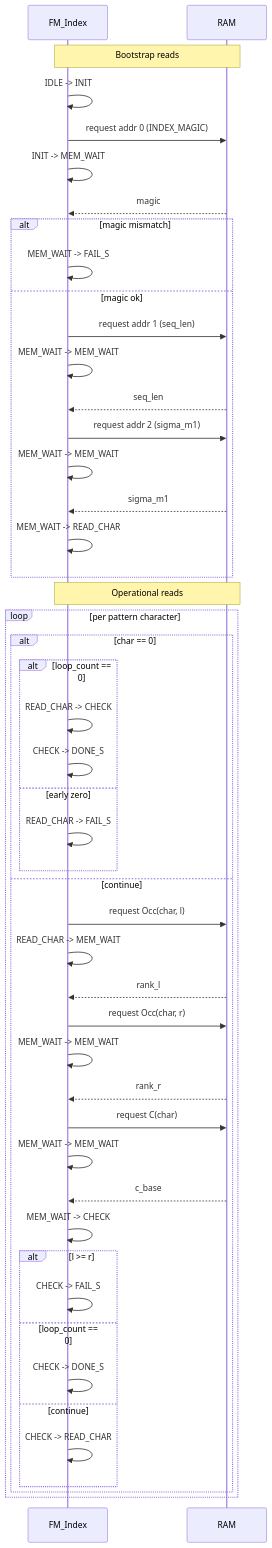
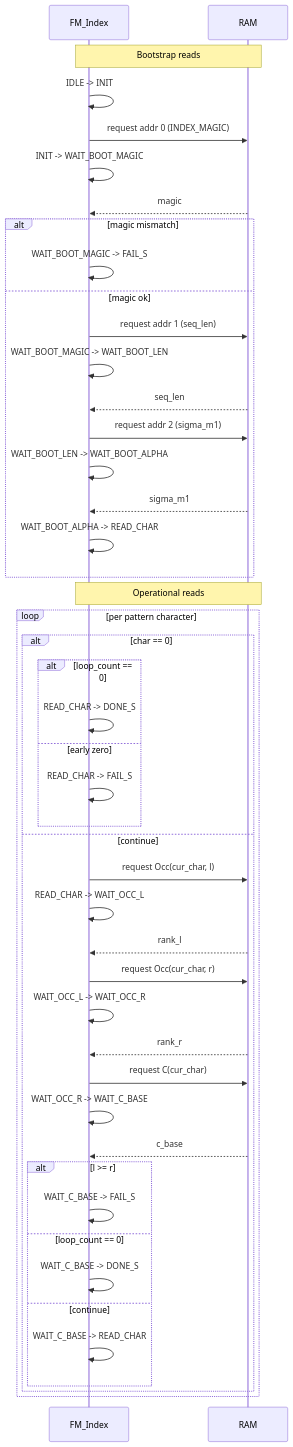
One commit to UAlberta-ECE-492-W2026/sands changed the second of 2 diagrams in docs/FM_Index.md. Above: the diagram before and after it, drawn with Mermaid. The commit also changed other lines of this file and 5 other files, not shown here.

````diff
--- a/docs/FM_Index.md
+++ b/docs/FM_Index.md
@@ -96,52 +98,50 @@
 ```mermaid
 sequenceDiagram
     participant FSM as FM_Index
     participant RAM as RAM
 
     Note over FSM,RAM: Bootstrap reads
     FSM->>FSM: IDLE -> INIT
     FSM->>RAM: request addr 0 (INDEX_MAGIC)
-    FSM->>FSM: INIT -> MEM_WAIT
+    FSM->>FSM: INIT -> WAIT_BOOT_MAGIC
     RAM-->>FSM: magic
     alt magic mismatch
-        FSM->>FSM: MEM_WAIT -> FAIL_S
+        FSM->>FSM: WAIT_BOOT_MAGIC -> FAIL_S
     else magic ok
         FSM->>RAM: request addr 1 (seq_len)
-        FSM->>FSM: MEM_WAIT -> MEM_WAIT
+        FSM->>FSM: WAIT_BOOT_MAGIC -> WAIT_BOOT_LEN
         RAM-->>FSM: seq_len
         FSM->>RAM: request addr 2 (sigma_m1)
-        FSM->>FSM: MEM_WAIT -> MEM_WAIT
+        FSM->>FSM: WAIT_BOOT_LEN -> WAIT_BOOT_ALPHA
         RAM-->>FSM: sigma_m1
-        FSM->>FSM: MEM_WAIT -> READ_CHAR
+        FSM->>FSM: WAIT_BOOT_ALPHA -> READ_CHAR
     end
 
     Note over FSM,RAM: Operational reads
     loop per pattern character
         alt char == 0
             alt loop_count == 0
-                FSM->>FSM: READ_CHAR -> CHECK
-                FSM->>FSM: CHECK -> DONE_S
+                FSM->>FSM: READ_CHAR -> DONE_S
             else early zero
                 FSM->>FSM: READ_CHAR -> FAIL_S
             end
         else continue
-            FSM->>RAM: request Occ(char, l)
-            FSM->>FSM: READ_CHAR -> MEM_WAIT
+            FSM->>RAM: request Occ(cur_char, l)
+            FSM->>FSM: READ_CHAR -> WAIT_OCC_L
             RAM-->>FSM: rank_l
-            FSM->>RAM: request Occ(char, r)
-            FSM->>FSM: MEM_WAIT -> MEM_WAIT
+            FSM->>RAM: request Occ(cur_char, r)
+            FSM->>FSM: WAIT_OCC_L -> WAIT_OCC_R
             RAM-->>FSM: rank_r
-            FSM->>RAM: request C(char)
-            FSM->>FSM: MEM_WAIT -> MEM_WAIT
+            FSM->>RAM: request C(cur_char)
+            FSM->>FSM: WAIT_OCC_R -> WAIT_C_BASE
             RAM-->>FSM: c_base
-            FSM->>FSM: MEM_WAIT -> CHECK
             alt l >= r
-                FSM->>FSM: CHECK -> FAIL_S
+                FSM->>FSM: WAIT_C_BASE -> FAIL_S
             else loop_count == 0
-                FSM->>FSM: CHECK -> DONE_S
+                FSM->>FSM: WAIT_C_BASE -> DONE_S
             else continue
-                FSM->>FSM: CHECK -> READ_CHAR
+                FSM->>FSM: WAIT_C_BASE -> READ_CHAR
             end
         end
     end
 ```
````
